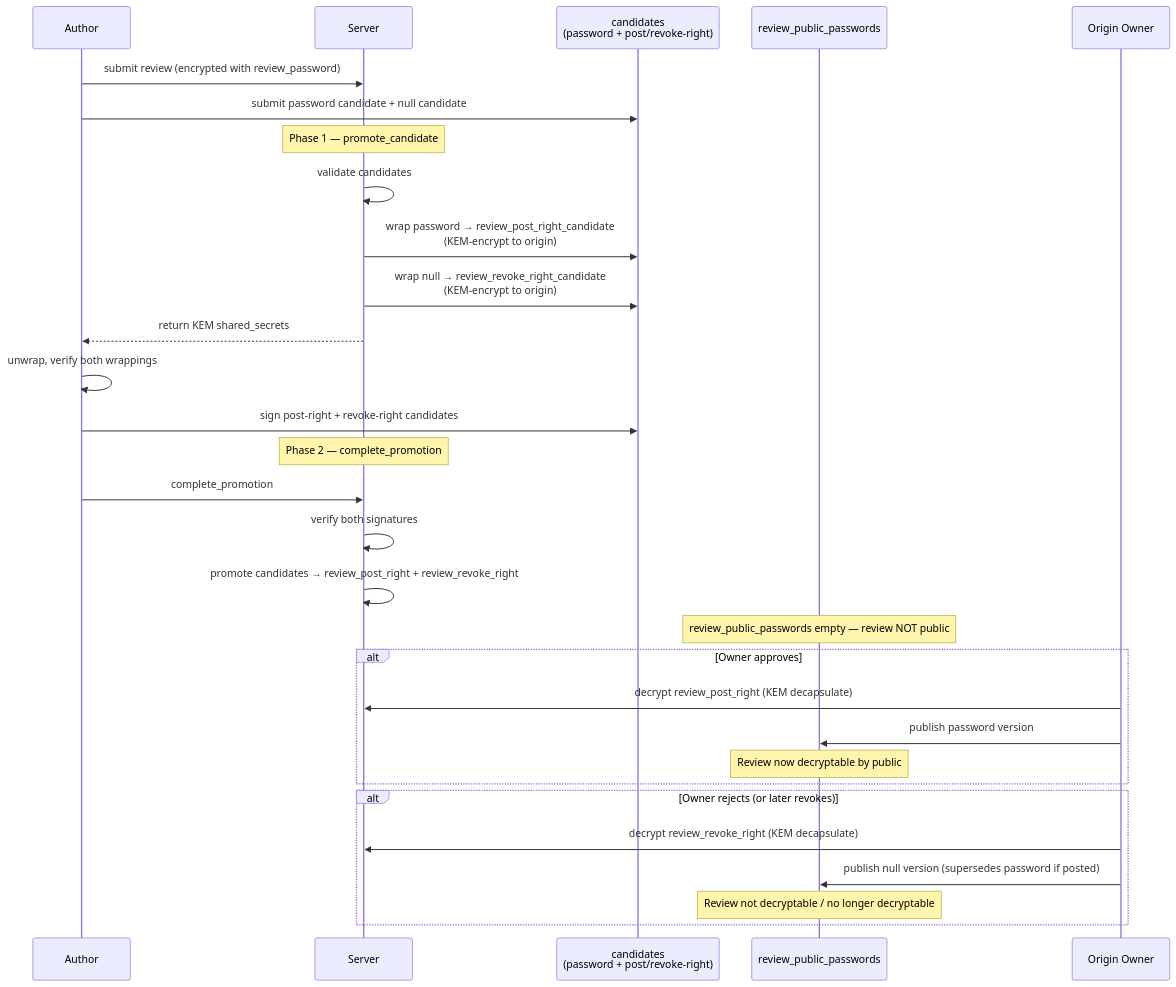
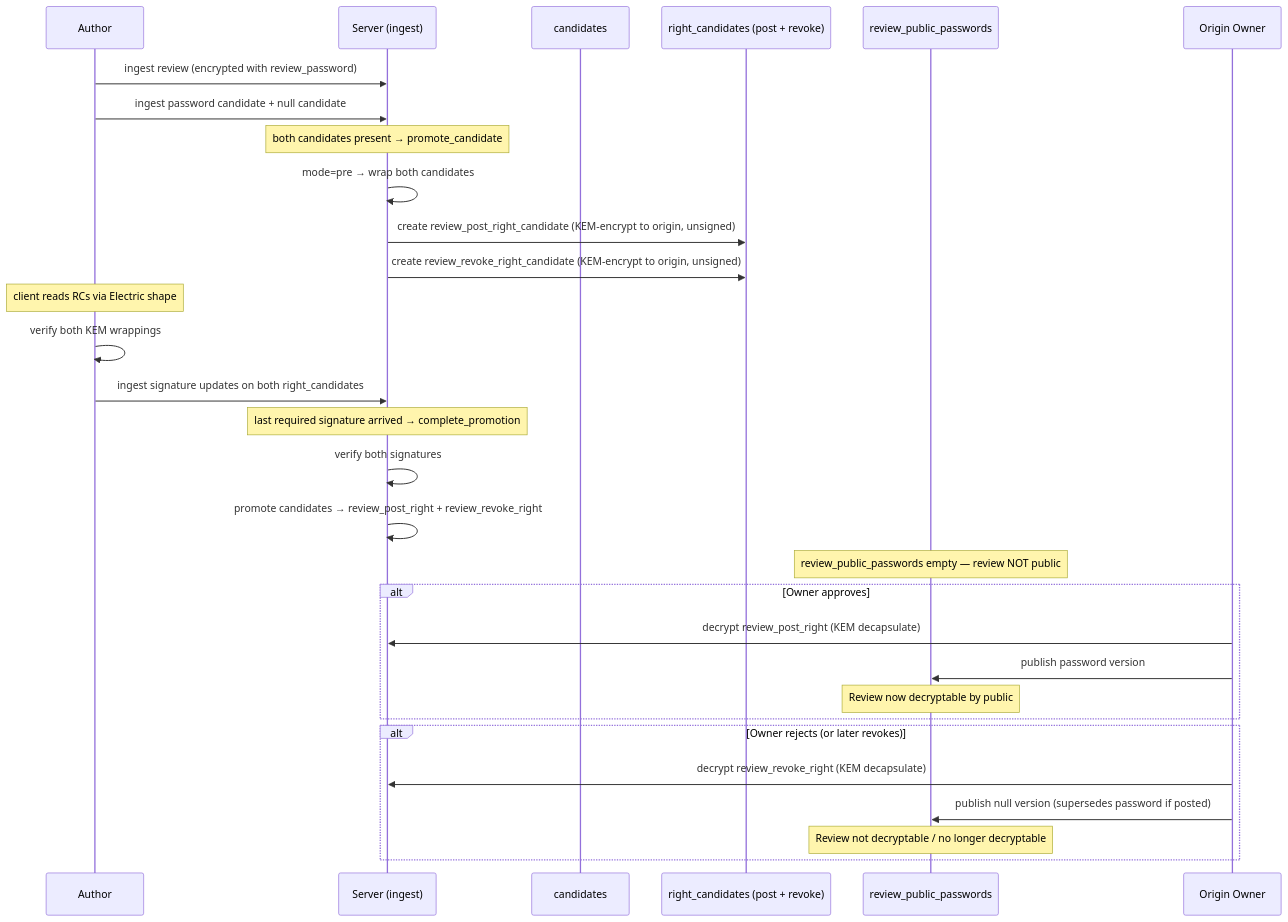
One commit to Buckitup-chat/chat changed the fourth of 4 diagrams in docs/proposal/reviews.md. Above: the diagram before and after it, drawn with Mermaid. The commit also changed other lines of this file and 3 other files, not shown here.

````diff
--- a/docs/proposal/reviews.md
+++ b/docs/proposal/reviews.md
@@ -203,36 +208,37 @@
 ```mermaid
 sequenceDiagram
     participant A as Author
-    participant S as Server
-    participant C as candidates<br/>(password + post/revoke-right)
+    participant S as Server (ingest)
+    participant C as candidates
+    participant RC as right_candidates (post + revoke)
     participant P as review_public_passwords
     participant O as Origin Owner
 
-    A->>S: submit review (encrypted with review_password)
-    A->>C: submit password candidate + null candidate
-    Note over S: Phase 1 — promote_candidate
-    S->>S: validate candidates
-    S->>C: wrap password → review_post_right_candidate<br/>(KEM-encrypt to origin)
-    S->>C: wrap null → review_revoke_right_candidate<br/>(KEM-encrypt to origin)
-    S-->>A: return KEM shared_secrets
-    A->>A: unwrap, verify both wrappings
-    A->>C: sign post-right + revoke-right candidates
-    Note over S: Phase 2 — complete_promotion
-    A->>S: complete_promotion
+    A->>S: ingest review (encrypted with review_password)
+    A->>S: ingest password candidate + null candidate
+    Note over S: both candidates present → promote_candidate
+    S->>S: mode=pre → wrap both candidates
+    S->>RC: create review_post_right_candidate (KEM-encrypt to origin, unsigned)
+    S->>RC: create review_revoke_right_candidate (KEM-encrypt to origin, unsigned)
+
+    Note over A: client reads RCs via Electric shape
+    A->>A: verify both KEM wrappings
+    A->>S: ingest signature updates on both right_candidates
+    Note over S: last required signature arrived → complete_promotion
     S->>S: verify both signatures
     S->>S: promote candidates → review_post_right + review_revoke_right
 
     Note over P: review_public_passwords empty — review NOT public
 
     alt Owner approves
         O->>S: decrypt review_post_right (KEM decapsulate)
         O->>P: publish password version
         Note over P: Review now decryptable by public
     end
 
     alt Owner rejects (or later revokes)
         O->>S: decrypt review_revoke_right (KEM decapsulate)
         O->>P: publish null version (supersedes password if posted)
         Note over P: Review not decryptable / no longer decryptable
     end
 ```
````
